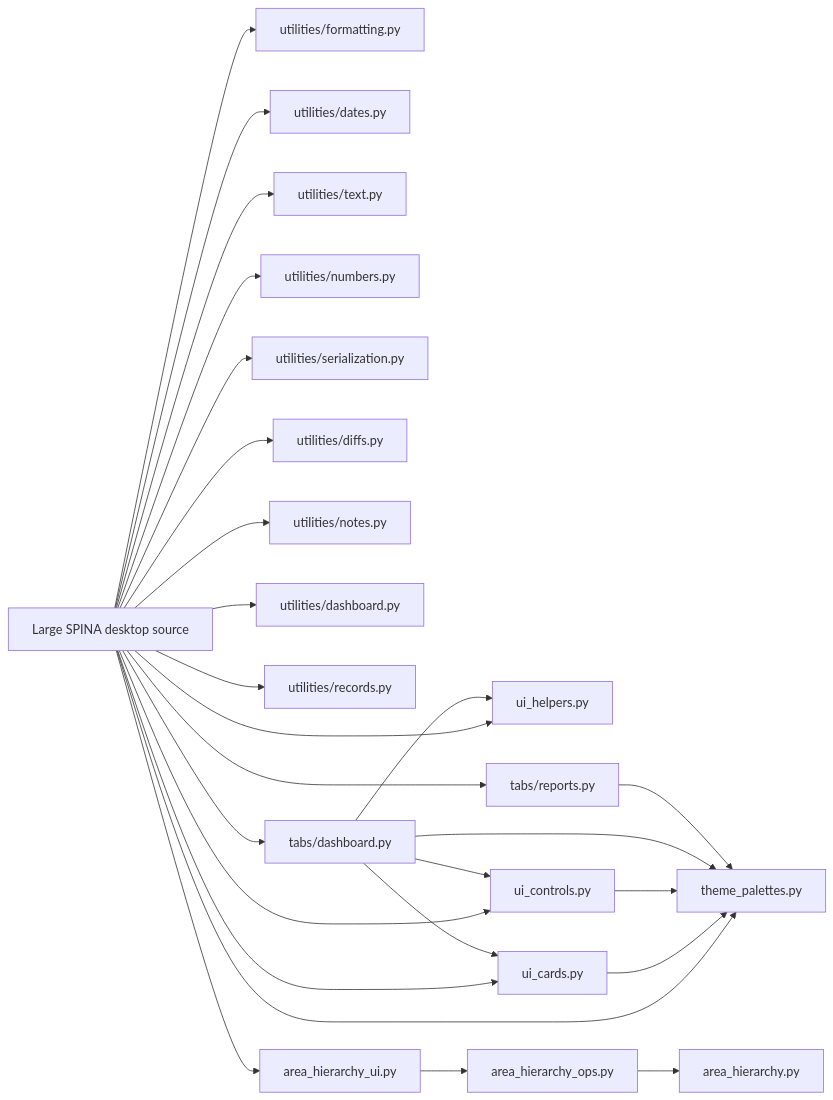
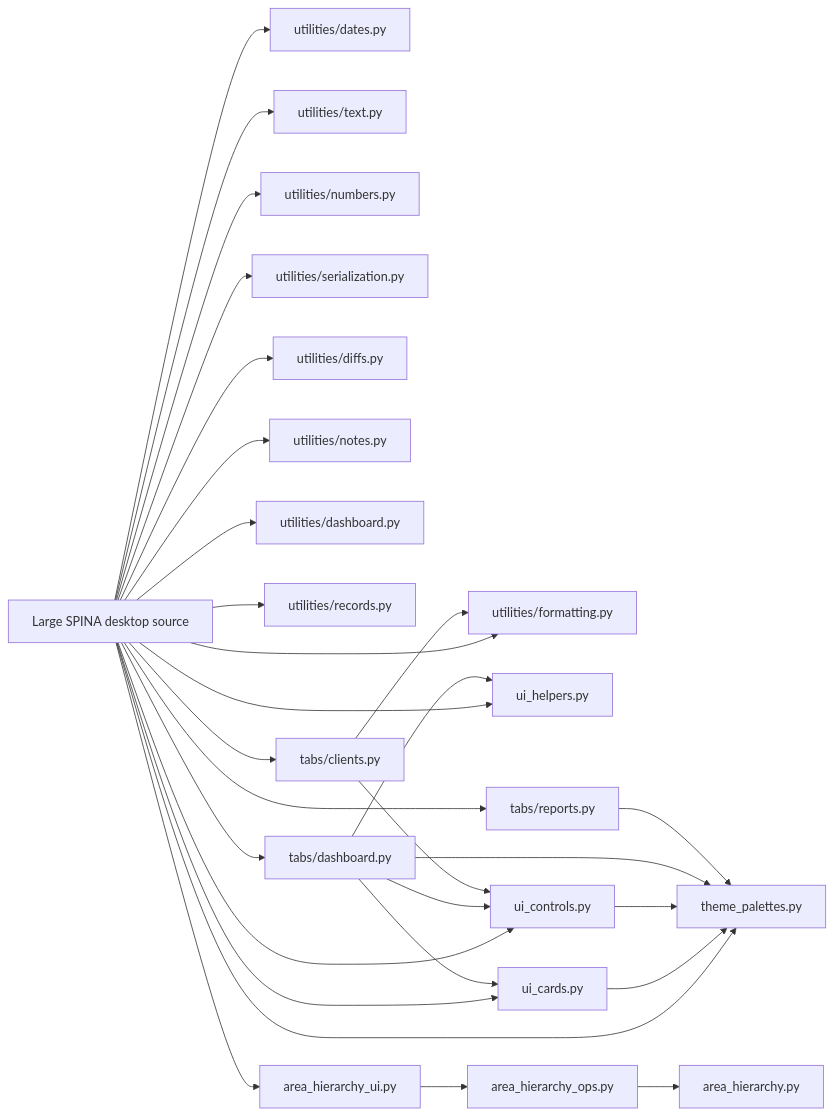
The diagram in docs/modularization-map.md (GILBIC/spina-lending-app), drawn with Mermaid before and after one commit. The commit also changed other lines of this file, not shown here.

````diff
--- a/docs/modularization-map.md
+++ b/docs/modularization-map.md
@@ -25,33 +25,36 @@
 ```mermaid
 flowchart LR
     APP[Large SPINA desktop source]
 
     APP --> FMT[utilities/formatting.py]
     APP --> DATE[utilities/dates.py]
     APP --> TEXT[utilities/text.py]
     APP --> NUM[utilities/numbers.py]
     APP --> SER[utilities/serialization.py]
     APP --> DIFF[utilities/diffs.py]
     APP --> NOTES[utilities/notes.py]
     APP --> DASHU[utilities/dashboard.py]
     APP --> REC[utilities/records.py]
 
     APP --> UIH[ui_helpers.py]
     APP --> PAL[theme_palettes.py]
     APP --> UIC[ui_cards.py]
     APP --> UICTL[ui_controls.py]
     APP --> TABDASH[tabs/dashboard.py]
     APP --> TABREPORTS[tabs/reports.py]
+    APP --> TABCLIENTS[tabs/clients.py]
 
     UIC --> PAL
     UICTL --> PAL
     TABDASH --> PAL
     TABDASH --> UIC
     TABDASH --> UICTL
     TABDASH --> UIH
     TABREPORTS --> PAL
+    TABCLIENTS --> UICTL
+    TABCLIENTS --> FMT
 
     APP --> AUI[area_hierarchy_ui.py]
     AUI --> AOPS[area_hierarchy_ops.py]
     AOPS --> AH[area_hierarchy.py]
 ```
````
